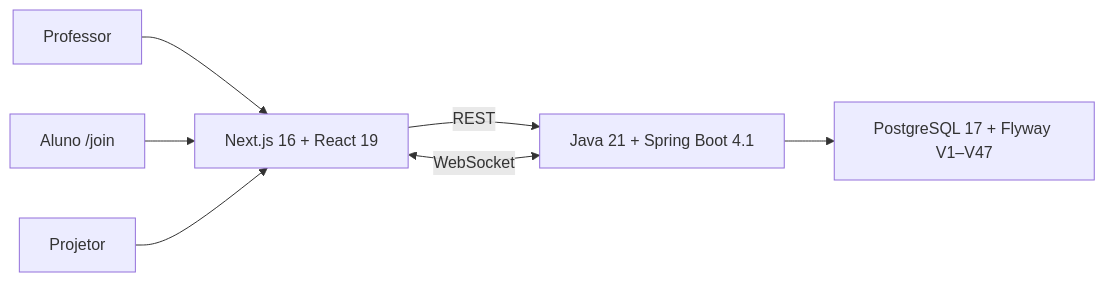
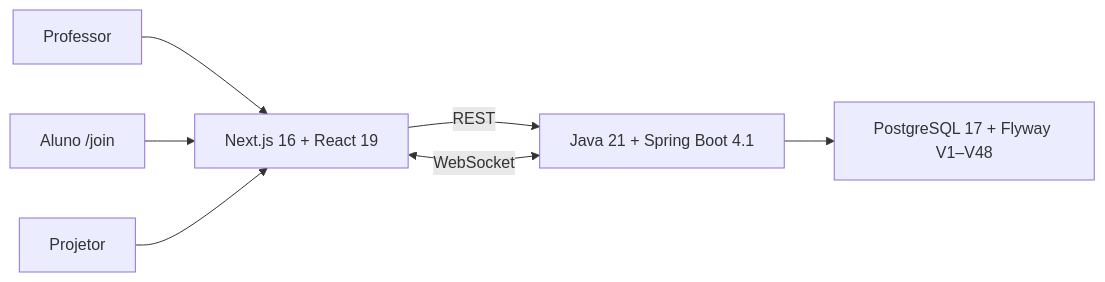
One commit to wesscosta/arena-dev changed the diagram in README.md. Above: the diagram before and after it, drawn with Mermaid. The commit also changed other lines of this file and 39 other files, not shown here.

Commit message:
feat(v0.9): add final architecture release gate

````diff
--- a/README.md
+++ b/README.md
@@ -114,9 +114,9 @@
 ```mermaid
 flowchart LR
     T["Professor"] --> F["Next.js 16 + React 19"]
     S["Aluno /join"] --> F
     P["Projetor"] --> F
     F -->|"REST"| B["Java 21 + Spring Boot 4.1"]
     F <-->|"WebSocket"| B
-    B --> D["PostgreSQL 17 + Flyway V1–V47"]
+    B --> D["PostgreSQL 17 + Flyway V1–V48"]
 ```
````
